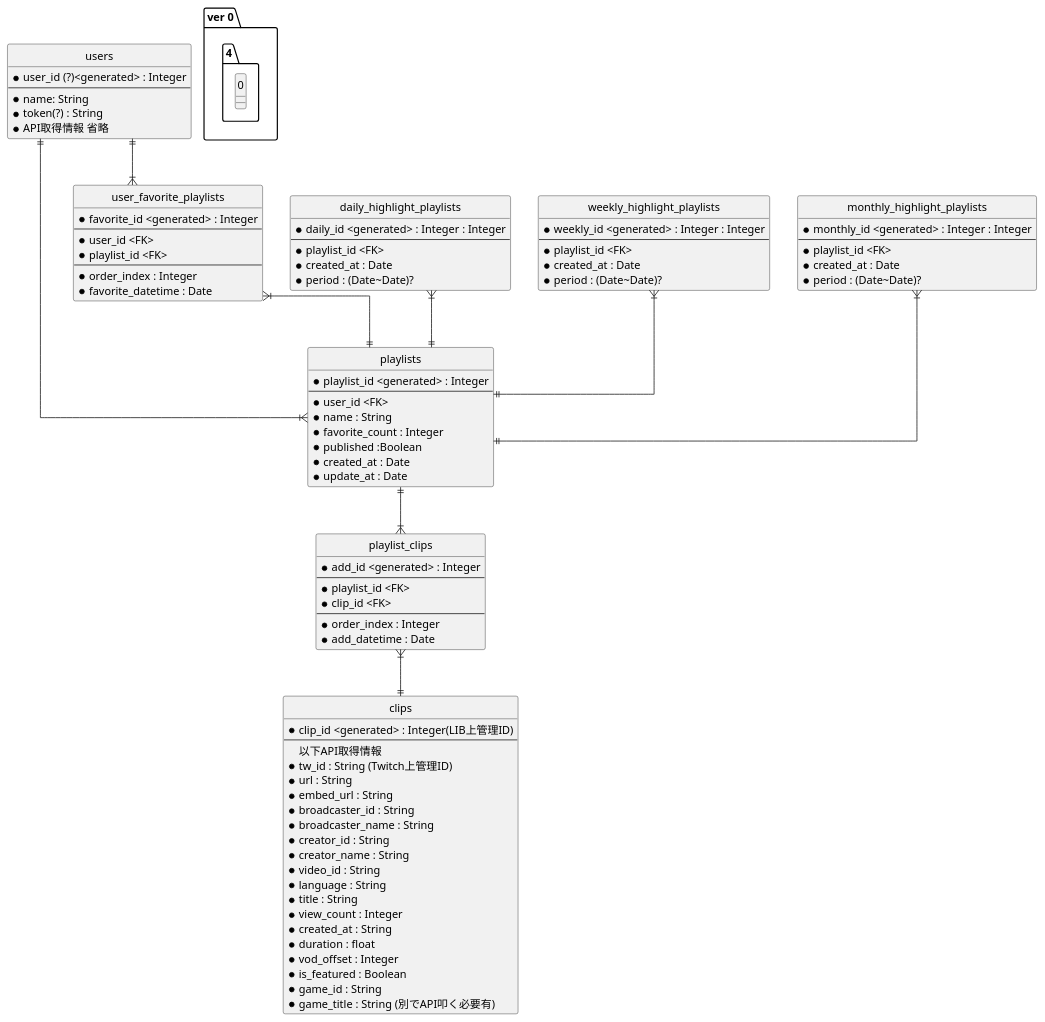
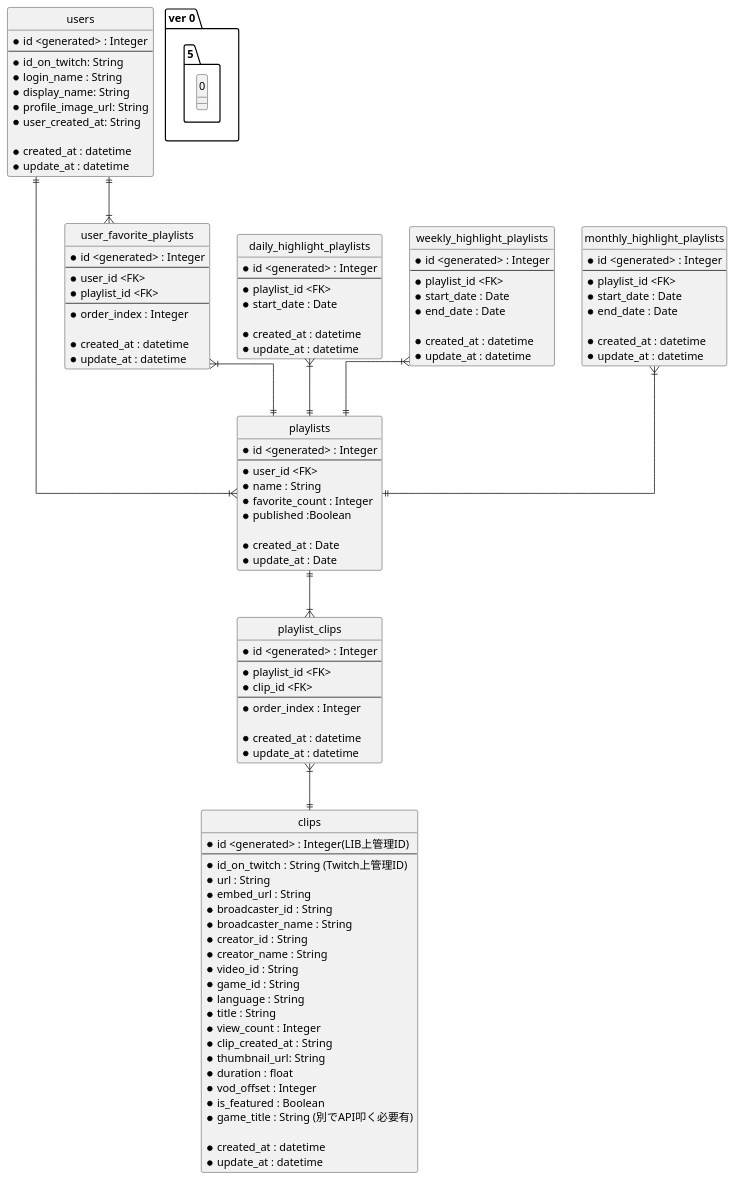
Before and after one commit to Taku1103/APPRENTICE_Quests_private: the diagram in dev2_Team_rubbit/er.pu, drawn with PlantUML. The commit also changed other lines of this file and 1 other file, not shown here.

Commit message:
:sparkles: dev2開発 ER図更新

```diff
--- a/dev2_Team_rubbit/er.pu
+++ b/dev2_Team_rubbit/er.pu
@@ -3,143 +3,164 @@
 @startuml shortcut_quiz
 
 ' hide the spot
 hide circle
 
 ' avoid problems with angled crows feet
 skinparam linetype ortho
 
 
-entity "ver 0.4.0" {
+entity "ver 0.5.0" {
 
 }
 
 entity "users" {
-    *user_id (?)<generated> : Integer
+    *id <generated> : Integer
     --
-    *name: String
-    *token(?) : String
-    *API取得情報 省略
+    *id_on_twitch: String
+    *login_name : String
+    *display_name: String
+    *profile_image_url: String
+    *user_created_at: String
+
+    *created_at : datetime
+    *update_at : datetime
 }
 
 
 entity "playlists" {
-    *playlist_id <generated> : Integer
+    *id <generated> : Integer
     --
     *user_id <FK>
     *name : String
     *favorite_count : Integer
     *published :Boolean
+
     *created_at : Date
     *update_at : Date
 }
 
 
 entity "clips" {
-    *clip_id <generated> : Integer(LIB上管理ID)
+    *id <generated> : Integer(LIB上管理ID)
     --
-以下API取得情報
-    *tw_id : String (Twitch上管理ID)
+    *id_on_twitch : String (Twitch上管理ID)
     *url : String
     *embed_url : String
     *broadcaster_id : String
     *broadcaster_name : String
     *creator_id : String
     *creator_name : String
     *video_id : String
+    *game_id : String
     *language : String
     *title : String
     *view_count : Integer
-    *created_at : String
+    *clip_created_at : String
+    *thumbnail_url: String
     *duration : float
     *vod_offset : Integer
     *is_featured : Boolean
-    *game_id : String
     *game_title : String (別でAPI叩く必要有)
-    ' *pagination : Object
+
+    *created_at : datetime
+    *update_at : datetime
 }
 
+
 entity  "playlist_clips" {
-    *add_id <generated> : Integer
+    *id <generated> : Integer
     --
     *playlist_id <FK>
     *clip_id <FK>
     --
     *order_index : Integer
-    *add_datetime : Date
+
+    *created_at : datetime
+    *update_at : datetime
 }
 entity "user_favorite_playlists" {
-    *favorite_id <generated> : Integer
+    *id <generated> : Integer
     --
     *user_id <FK>
     *playlist_id <FK>
     --
     *order_index : Integer
-    *favorite_datetime : Date
+
+    *created_at : datetime
+    *update_at : datetime
 }
 
 entity "daily_highlight_playlists" {
-    *daily_id <generated> : Integer : Integer
+    *id <generated> : Integer
     --
     *playlist_id <FK>
-    *created_at : Date
-    *period : (Date~Date)?
+    *start_date : Date
+
+    *created_at : datetime
+    *update_at : datetime
 }
 entity "weekly_highlight_playlists" {
-    *weekly_id <generated> : Integer : Integer
+    *id <generated> : Integer
     --
     *playlist_id <FK>
-    *created_at : Date
-    *period : (Date~Date)?
+    *start_date : Date
+    *end_date : Date
+
+    *created_at : datetime
+    *update_at : datetime
 }
 entity "monthly_highlight_playlists" {
-    *monthly_id <generated> : Integer : Integer
+    *id <generated> : Integer
     --
     *playlist_id <FK>
-    *created_at : Date
-    *period : (Date~Date)?
+    *start_date : Date
+    *end_date : Date
+
+    *created_at : datetime
+    *update_at : datetime
 }
 
 
 
 ' entity "users_follow_broadcasters" {
 '     *follow_broadcaster_id :Integer(API取得はstr)
 '     --
 '     *follow_broadcaster_login : String
 '     *follow_broadcaster_name : String
 '     *followed_at : String
 
 '     *user_id <FK>
 ' }
 
 
 ' entity "playlists_tags" {
 '     *playlist_id <FK>
 '     --
 '     *tag_id <FK>
 ' }
 
 ' entity "tags" {
 '     *tag_id <generated>
 '     *tag_name : String
 ' }
 
 users||--|{playlists
 playlists||--|{playlist_clips
 playlist_clips}|--||clips
 users||--|{user_favorite_playlists
 user_favorite_playlists}|--||playlists
 
 daily_highlight_playlists}|--||playlists
 weekly_highlight_playlists}|--||playlists
 monthly_highlight_playlists}|--||playlists
 
 
 
 
 
 ' users||--|{users_follow_broadcasters
 ' playlists||--|{playlists_tags
 ' playlists_tags}|--||tags
 
 
 @enduml
```
